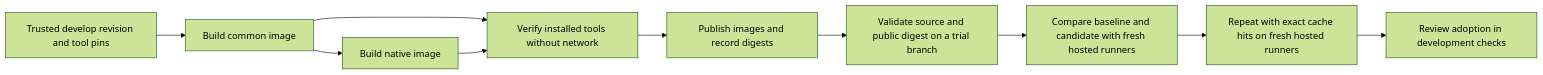
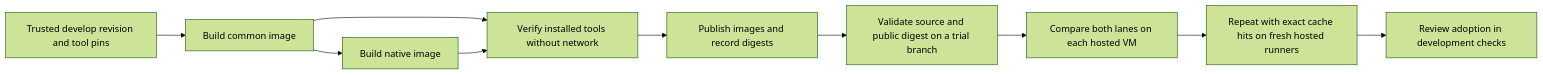
The seventh of 9 diagrams in docs/architecture.md (kmosoti/FabricO11y), drawn with Mermaid (forest theme) before and after one commit. The commit also changed other lines of this file and 3 other files, not shown here.

````diff
--- a/docs/architecture.md
+++ b/docs/architecture.md
@@ -206,12 +206,12 @@
 ```mermaid
 flowchart LR
     Pins["Trusted develop revision and tool pins"] --> Common["Build common image"]
     Common --> Native["Build native image"]
     Common --> Offline["Verify installed tools without network"]
     Native --> Offline
     Offline --> Registry["Publish images and record digests"]
     Registry --> Plan["Validate source and public digest on a trial branch"]
-    Plan --> Cold["Compare baseline and candidate with fresh hosted runners"]
+    Plan --> Cold["Compare both lanes on each hosted VM"]
     Cold --> Warm["Repeat with exact cache hits on fresh hosted runners"]
     Warm --> Review["Review adoption in development checks"]
 ```
````
